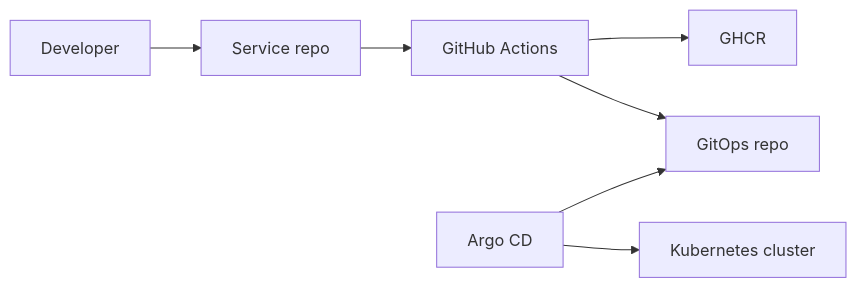
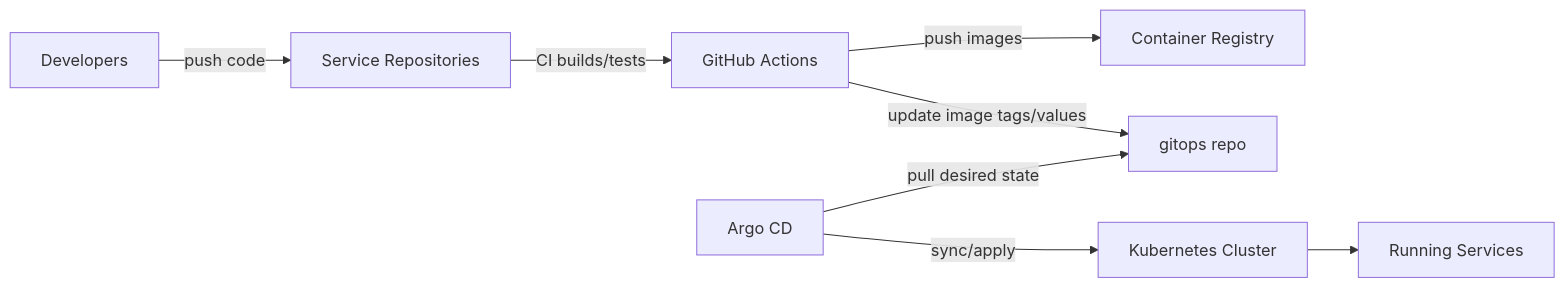
The second of 8 diagrams in README.md (VotingM7011E/Report), drawn with Mermaid before and after one commit. The commit also changed other lines of this file, not shown here.

````diff
--- a/README.md
+++ b/README.md
@@ -113,17 +138,10 @@
 ```mermaid
 flowchart LR
-  DEV[Developer]
-  CODE[Service repo]
-  CI[GitHub Actions]
-  REG[GHCR]
-  GITOPS[GitOps repo]
-  ARGO[Argo CD]
-  K8S[Kubernetes cluster]
-
-  DEV --> CODE
-  CODE --> CI
-  CI --> REG
-  CI --> GITOPS
-  ARGO --> GITOPS
-  ARGO --> K8S
+  DEV[Developers] -->|push code| REPO[Service Repositories]
+  REPO -->|CI builds/tests| CI[GitHub Actions]
+  CI -->|push images| REG[Container Registry]
+  CI -->|update image tags/values| GITOPS[gitops repo]
+  ARGO[Argo CD] -->|pull desired state| GITOPS
+  ARGO -->|sync/apply| K8S[Kubernetes Cluster]
+  K8S --> RUN[Running Services]
 ```
````
